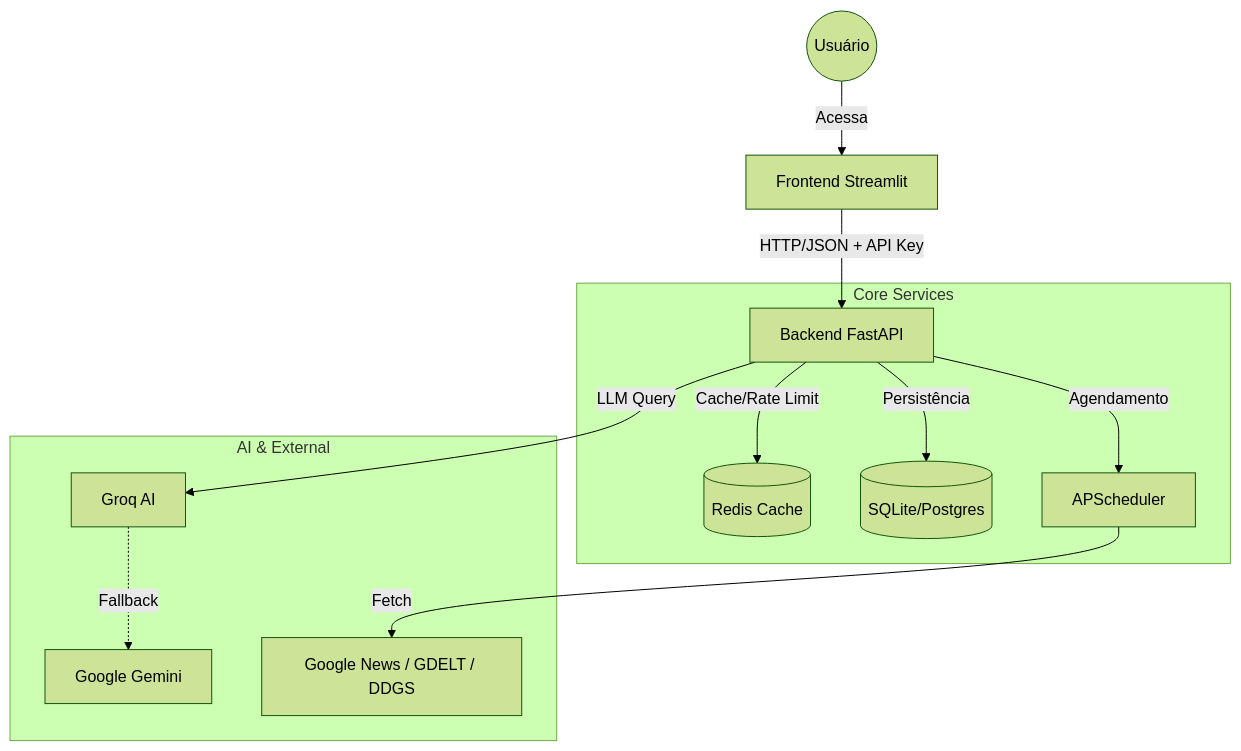
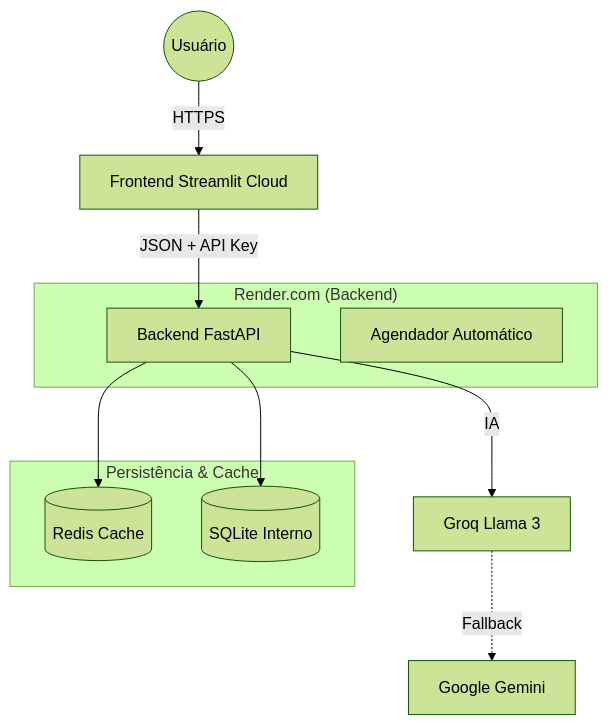
The diagram in README.md (phmcasimiro/AgenteNoticiasSegPub), drawn with Mermaid (forest theme) before and after one commit. The commit also changed other lines of this file, not shown here.

Commit message:
docs: Update README with detailed Cloud vs Local deployment guide

````diff
--- a/README.md
+++ b/README.md
@@ -26,17 +26,21 @@
 ```mermaid
 graph TD
-    User((Usuário)) -->|Acessa| UI[Frontend Streamlit]
-    UI -->|HTTP/JSON + API Key| API[Backend FastAPI]
+    User((Usuário)) -->|HTTPS| UI[Frontend Streamlit Cloud]
     
-    subgraph "Core Services"
-        API -->|Cache/Rate Limit| Redis[(Redis Cache)]
-        API -->|Persistência| DB[(SQLite/Postgres)]
-        API -->|Agendamento| Cron[APScheduler]
+    subgraph "Render.com (Backend)"
+        API[Backend FastAPI]
+        Cron[Agendador Automático]
     end
     
-    subgraph "AI & External"
-        API -->|LLM Query| Groq[Groq AI]
-        Groq -.->|Fallback| Gemini[Google Gemini]
-        Cron -->|Fetch| Sources[Google News / GDELT / DDGS]
+    subgraph "Persistência & Cache"
+        Redis[(Redis Cache)]
+        DB[(SQLite Interno)]
     end
+
+    UI -->|JSON + API Key| API
+    API --> Redis
+    API --> DB
+    
+    API -->|IA| Groq[Groq Llama 3]
+    Groq -.->|Fallback| Gemini[Google Gemini]
 ```
````
